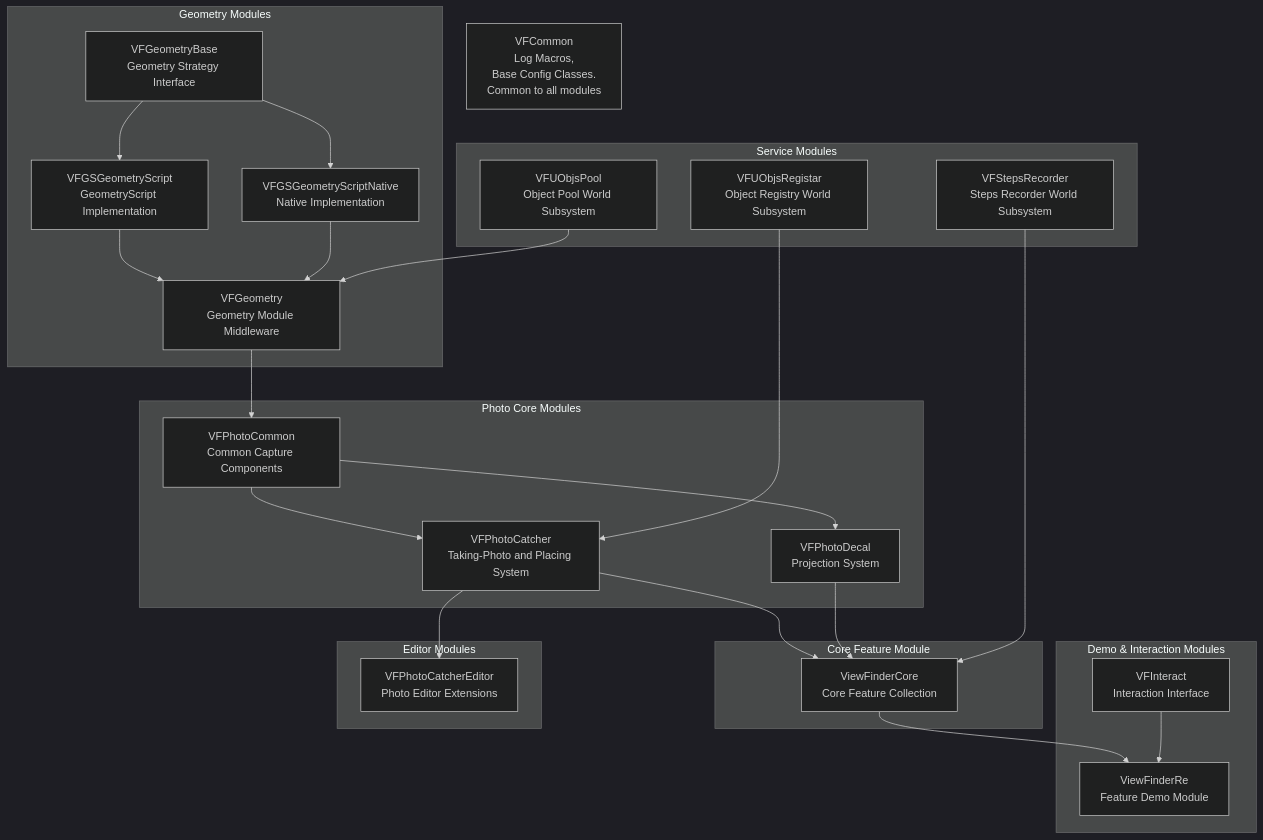
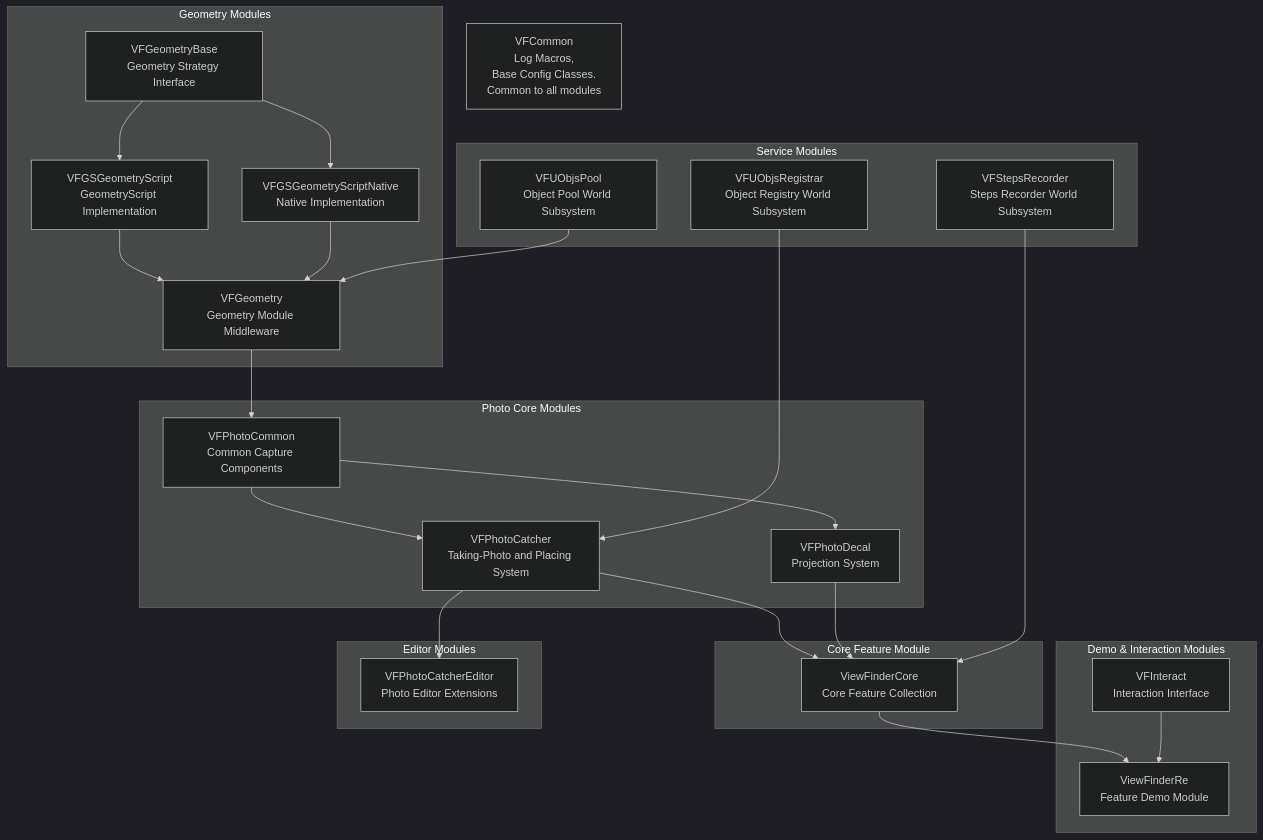
Before and after one commit to StrangeDS/ViewFinderRe: the first of 9 diagrams in README.md, drawn with Mermaid (dark theme). The commit also changed other lines of this file and 53 other files, not shown here.

Commit message:
修复拼写错误 源代码, 本地化, 图片, 模块名更正等 AI(iFlow)协助

````diff
--- a/README.md
+++ b/README.md
@@ -873,74 +873,74 @@
 ```mermaid
 graph TD
     %% Base Common Modules - Specifically marked
     VFCommon[VFCommon<br/>Log Macros, <br/>Base Config Classes. <br/>Common to all modules]
 
     %% Service/Utility Modules
     subgraph ServiceModules [Service Modules]
         VFUObjsPool[VFUObjsPool<br/>Object Pool World Subsystem]
-        VFUObjsRegistar[VFUObjsRegistar<br/>Object Registry World Subsystem]
+        VFUObjsRegistrar[VFUObjsRegistrar<br/>Object Registry World Subsystem]
         VFStepsRecorder[VFStepsRecorder<br/>Steps Recorder World Subsystem]
     end
 
     %% Geometry Processing Modules
     subgraph GeometryModules [Geometry Modules]
         VFGeometryBase[VFGeometryBase<br/>Geometry Strategy Interface]
 
         VFGSGeometryScript[VFGSGeometryScript<br/>GeometryScript Implementation]
         VFGSGeometryScriptNative[VFGSGeometryScriptNative<br/>Native Implementation]
 
         VFGeometry[VFGeometry<br/>Geometry Module Middleware]
     end
 
     %% Photo Core Modules
     subgraph PhotoCoreModules [Photo Core Modules]
         VFPhotoCommon[VFPhotoCommon<br/>Common Capture Components]
         VFPhotoCatcher[VFPhotoCatcher<br/>Taking-Photo and Placing System]
         VFPhotoDecal[VFPhotoDecal<br/>Projection System]
     end
 
     %% Core Feature Module
     subgraph CoreModules [Core Feature Module]
         ViewFinderCore[ViewFinderCore<br/>Core Feature Collection]
     end
 
     %% Demo and Interaction Modules
     subgraph DemoModules [Demo & Interaction Modules]
         VFInteract[VFInteract<br/>Interaction Interface]
         ViewFinderRe[ViewFinderRe<br/>Feature Demo Module]
     end
 
     %% Editor Module
     subgraph EditorModules [Editor Modules]
         VFPhotoCatcherEditor[VFPhotoCatcherEditor<br/>Photo Editor Extensions]
     end
 
     %% Dependency Definitions
     %% Geometry Module Dependencies
     VFGeometryBase --> VFGSGeometryScript
     VFGeometryBase --> VFGSGeometryScriptNative
 
     VFGSGeometryScript --> VFGeometry
     VFGSGeometryScriptNative --> VFGeometry
     VFUObjsPool --> VFGeometry
 
     %% Photo Module Dependencies
     VFGeometry --> VFPhotoCommon
 
     VFPhotoCommon --> VFPhotoCatcher
-    VFUObjsRegistar --> VFPhotoCatcher
+    VFUObjsRegistrar --> VFPhotoCatcher
 
     VFPhotoCommon --> VFPhotoDecal
 
     %% Core Feature Integration
     VFPhotoCatcher --> ViewFinderCore
     VFPhotoDecal --> ViewFinderCore
     VFStepsRecorder --> ViewFinderCore
 
     %% Editor Extensions
     VFPhotoCatcher --> VFPhotoCatcherEditor
 
     %% Demo Module Dependencies
     ViewFinderCore --> ViewFinderRe
     VFInteract --> ViewFinderRe
 ```
````
